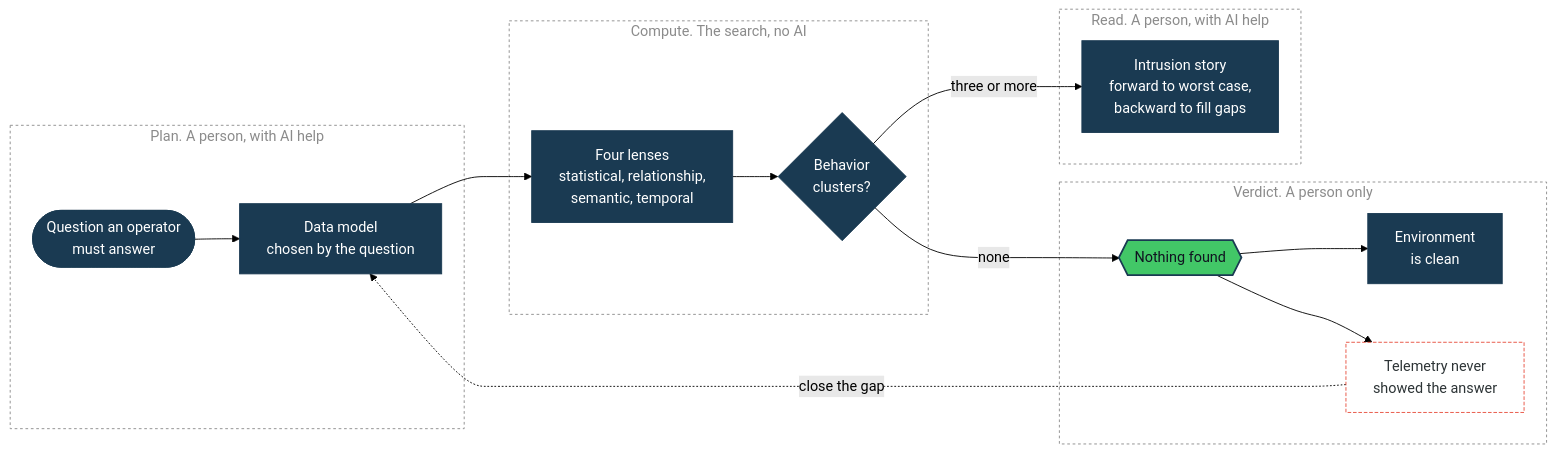
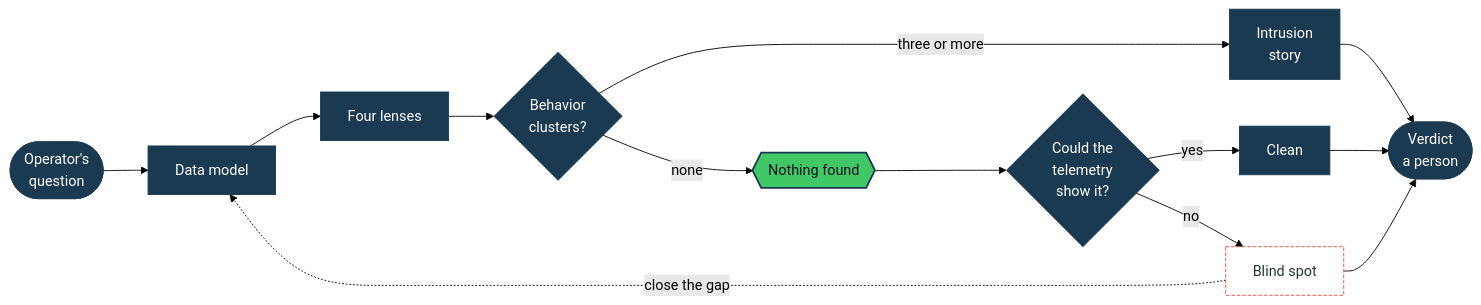
Before and after one commit to TacticalDetect/TacticalDetect: the diagram in README.md, drawn with Mermaid (forest theme). The commit also changed other lines of this file, not shown here.

Commit message:
Update banner image and flowchart in README

````diff
--- a/README.md
+++ b/README.md
@@ -66,34 +66,22 @@
 ```mermaid
 flowchart LR
-    subgraph P[Plan. A person, with AI help]
-        Q([Question an operator<br>must answer]) --> M[Data model<br>chosen by the question]
-    end
-    subgraph X[Compute. The search, no AI]
-        L[Four lenses<br>statistical, relationship,<br>semantic, temporal] --> C{Behavior<br>clusters?}
-    end
-    subgraph R[Read. A person, with AI help]
-        S[Intrusion story<br>forward to worst case,<br>backward to fill gaps]
-    end
-    subgraph V[Verdict. A person only]
-        N{{Nothing found}}
-        E[Environment<br>is clean]
-        B[Telemetry never<br>showed the answer]
-    end
-    M --> L
-    C -->|three or more| S
-    C -->|none| N
-    N --> E
-    N --> B
+    Q([Operator's<br>question]) --> M[Data model]
+    M --> L[Four lenses]
+    L --> C{Behavior<br>clusters?}
+    C -->|three or more| S[Intrusion<br>story]
+    C -->|none| N{{Nothing found}}
+    N --> G{Could the<br>telemetry<br>show it?}
+    G -->|yes| E[Clean]
+    G -->|no| B[Blind spot]
+    S --> V([Verdict<br>a person])
+    E --> V
+    B --> V
     B -.->|close the gap| M
 
     classDef fork fill:#42c767,stroke:#1a3a52,color:#101320,stroke-width:2px
     classDef base fill:#1a3a52,stroke:#1a3a52,color:#ffffff
     classDef blind fill:#ffffff,stroke:#e74c3c,color:#2d3436,stroke-dasharray:4 2
     class N fork
-    class Q,M,L,C,S,E base
+    class Q,M,L,C,S,G,E,V base
     class B blind
-    style P fill:#ffffff,stroke:#8b8b8b,color:#8b8b8b,stroke-dasharray:3 3
-    style X fill:#ffffff,stroke:#8b8b8b,color:#8b8b8b,stroke-dasharray:3 3
-    style R fill:#ffffff,stroke:#8b8b8b,color:#8b8b8b,stroke-dasharray:3 3
-    style V fill:#ffffff,stroke:#8b8b8b,color:#8b8b8b,stroke-dasharray:3 3
 ```
````
